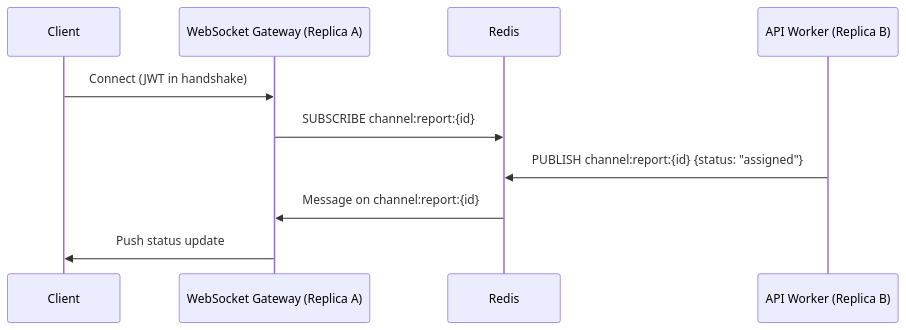
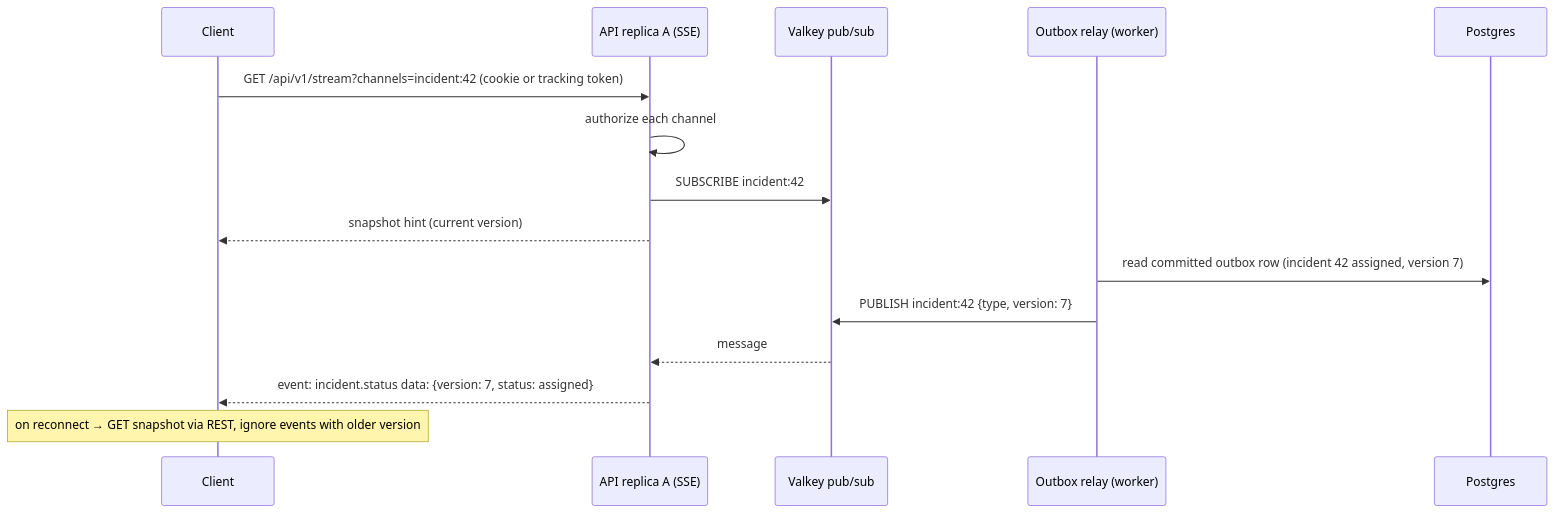
The tenth of 10 diagrams in Stray_Animal_Rescue_System_Blueprint.md (adi-mauryaji/stray-animal-rescue-system), drawn with Mermaid before and after one commit. The commit also changed other lines of this file and 43 other files, not shown here.

````diff
--- a/Stray_Animal_Rescue_System_Blueprint.md
+++ b/Stray_Animal_Rescue_System_Blueprint.md
@@ -1398,12 +1745,17 @@
 ```mermaid
 sequenceDiagram
     participant Client
-    participant WSGateway as WebSocket Gateway (Replica A)
-    participant Redis
-    participant API as API Worker (Replica B)
-    Client->>WSGateway: Connect (JWT in handshake)
-    WSGateway->>Redis: SUBSCRIBE channel:report:{id}
-    API->>Redis: PUBLISH channel:report:{id} {status: "assigned"}
-    Redis->>WSGateway: Message on channel:report:{id}
-    WSGateway->>Client: Push status update
+    participant ApiA as API replica A (SSE)
+    participant VK as Valkey pub/sub
+    participant Relay as Outbox relay (worker)
+    participant DB as Postgres
+    Client->>ApiA: GET /api/v1/stream?channels=incident:42 (cookie or tracking token)
+    ApiA->>ApiA: authorize each channel
+    ApiA->>VK: SUBSCRIBE incident:42
+    ApiA-->>Client: snapshot hint (current version)
+    Relay->>DB: read committed outbox row (incident 42 assigned, version 7)
+    Relay->>VK: PUBLISH incident:42 {type, version: 7}
+    VK-->>ApiA: message
+    ApiA-->>Client: event: incident.status  data: {version: 7, status: assigned}
+    Note over Client: on reconnect → GET snapshot via REST, ignore events with older version
 ```
````
